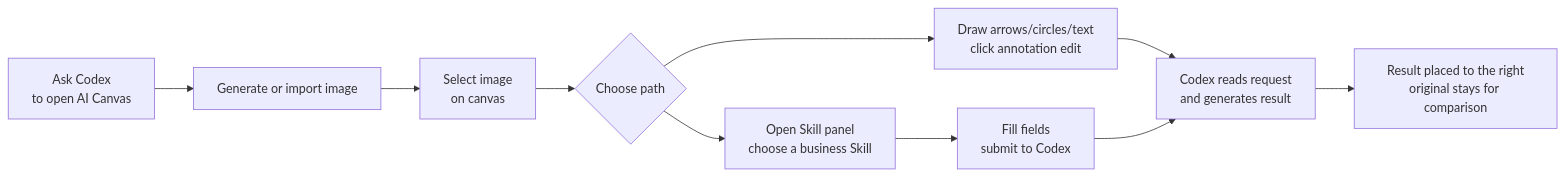
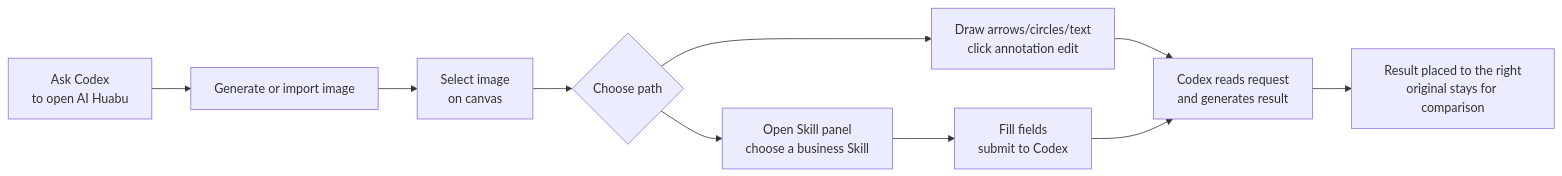
One commit to jiuwanfan/AI-huabu changed the diagram in README.en.md. Above: the diagram before and after it, drawn with Mermaid. The commit also changed other lines of this file and 154 other files, not shown here.

````diff
--- a/README.en.md
+++ b/README.en.md
@@ -87,12 +87,12 @@
 ```mermaid
 flowchart LR
-  A["Ask Codex<br/>to open AI Canvas"] --> B["Generate or import image"]
+  A["Ask Codex<br/>to open AI Huabu"] --> B["Generate or import image"]
   B --> C["Select image<br/>on canvas"]
   C --> D{"Choose path"}
   D --> E["Draw arrows/circles/text<br/>click annotation edit"]
   D --> F["Open Skill panel<br/>choose a business Skill"]
   E --> G["Codex reads request<br/>and generates result"]
   F --> H["Fill fields<br/>submit to Codex"]
   H --> G
   G --> I["Result placed to the right<br/>original stays for comparison"]
 ```
````
